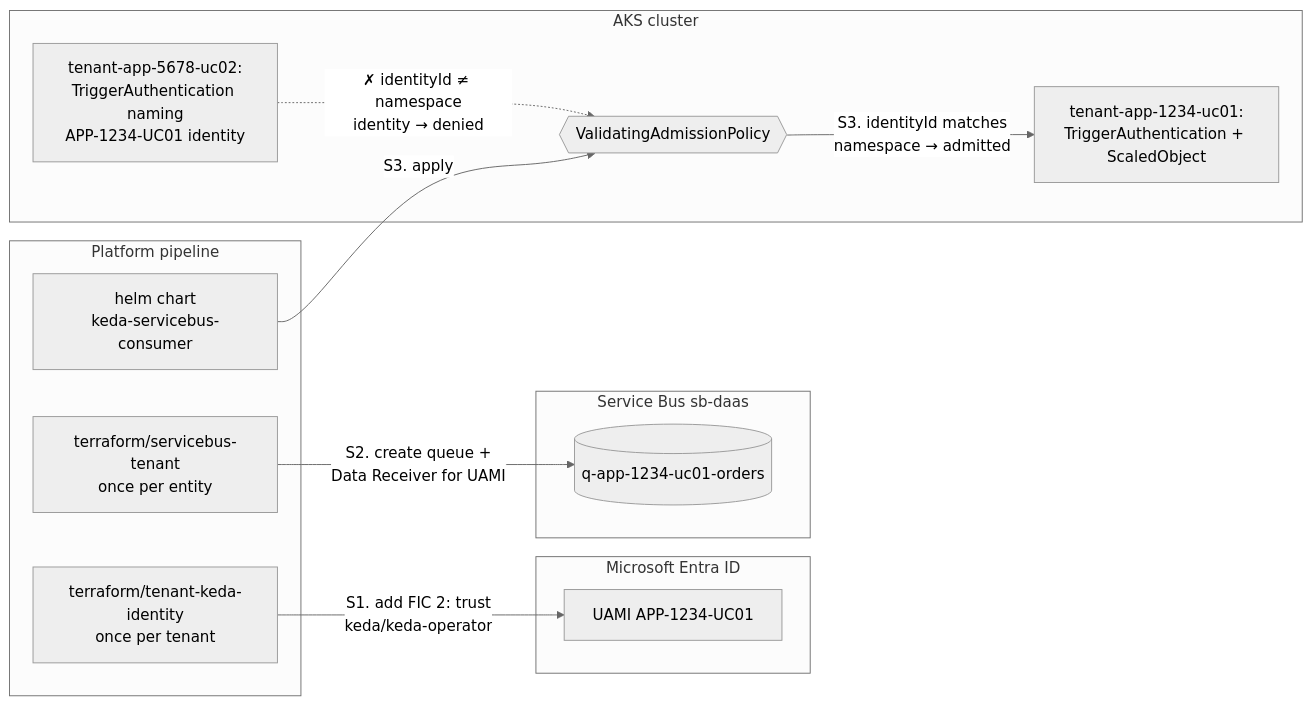
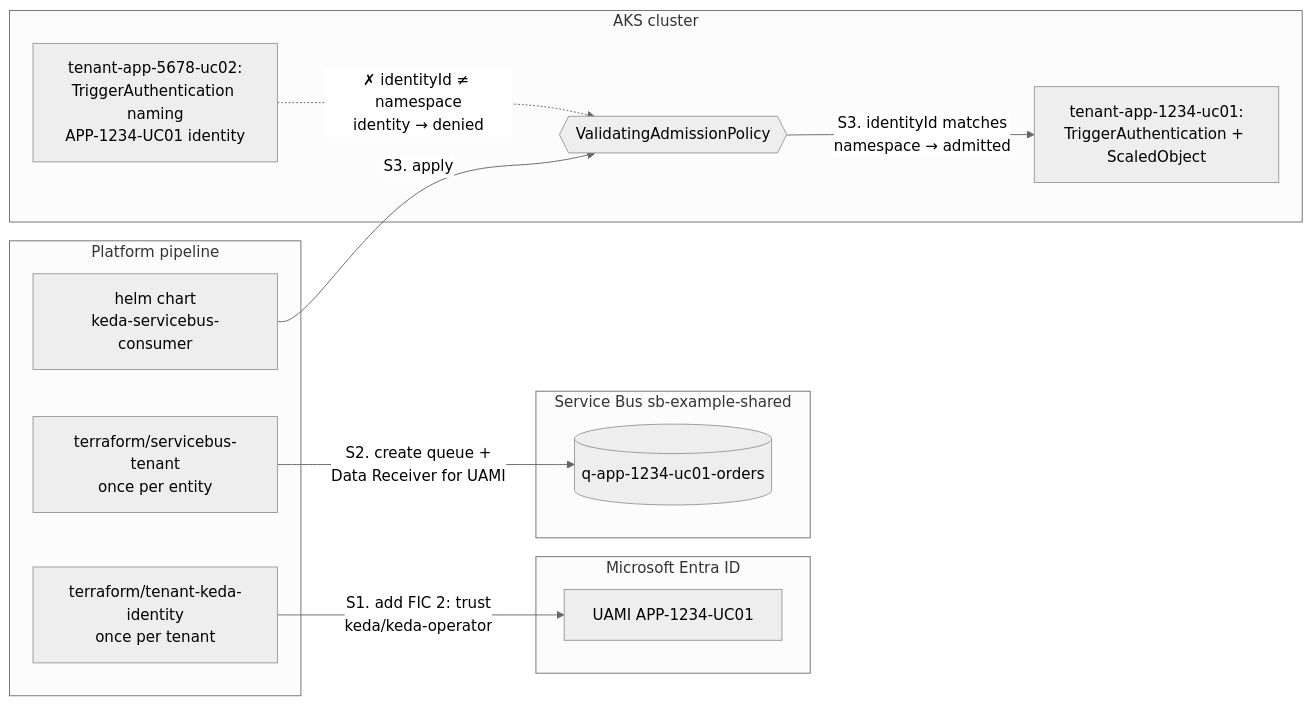
Before and after one commit to hariallaka/Service_bus_KEDA: the first of 3 diagrams in README.md, drawn with Mermaid (neutral theme). The commit also changed other lines of this file and 15 other files, not shown here.

First line of the commit message:
Replace internal Service Bus namespace name with a placeholder

````diff
--- a/README.md
+++ b/README.md
@@ -90,28 +90,28 @@
 ```mermaid
 flowchart LR
     subgraph PLAT["Platform pipeline"]
         TFID[terraform/tenant-keda-identity<br/>once per tenant]
         TFSB[terraform/servicebus-tenant<br/>once per entity]
         HELM[helm chart<br/>keda-servicebus-consumer]
     end
 
     subgraph AAD["Microsoft Entra ID"]
         UAMIA[UAMI APP-1234-UC01]
     end
 
-    subgraph SB["Service Bus sb-daas"]
+    subgraph SB["Service Bus sb-example-shared"]
         QA[(q-app-1234-uc01-orders)]
     end
 
     subgraph AKS["AKS cluster"]
         VAP{{ValidatingAdmissionPolicy}}
         TAA[tenant-app-1234-uc01:<br/>TriggerAuthentication + ScaledObject]
         TAB[tenant-app-5678-uc02:<br/>TriggerAuthentication naming<br/>APP-1234-UC01 identity]
     end
 
     TFID -- "S1. add FIC 2: trust<br/>keda/keda-operator" --> UAMIA
     TFSB -- "S2. create queue +<br/>Data Receiver for UAMI" --> QA
     HELM -- "S3. apply" --> VAP
     VAP -- "S3. identityId matches<br/>namespace → admitted" --> TAA
     TAB -. "✗ identityId ≠ namespace<br/>identity → denied" .-> VAP
 ```
````
